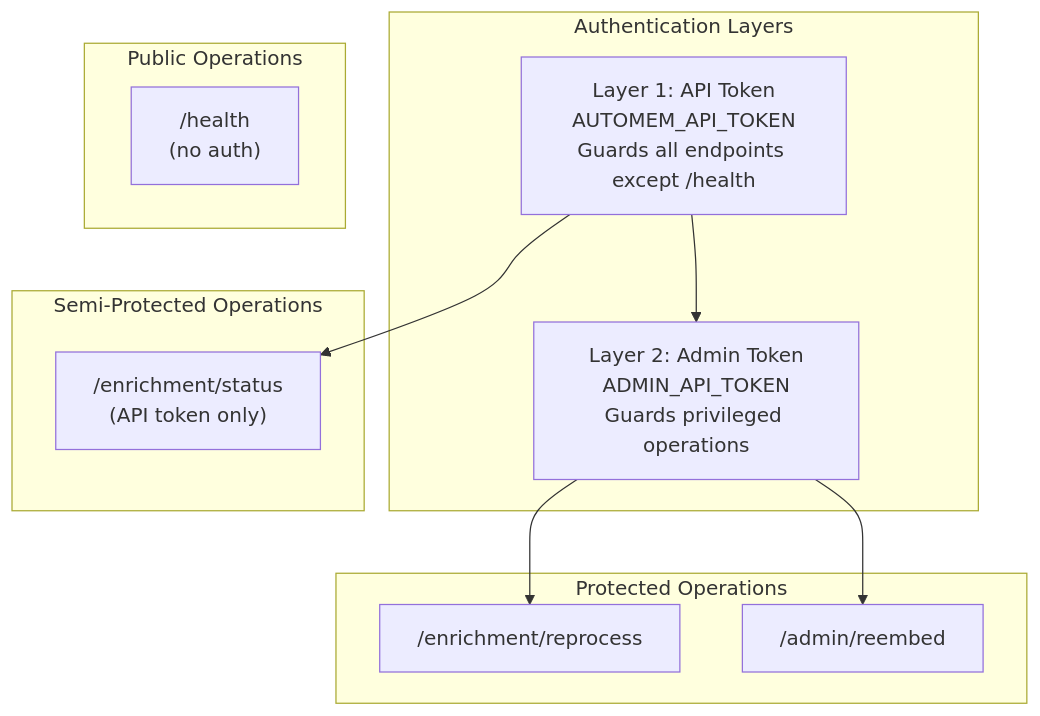
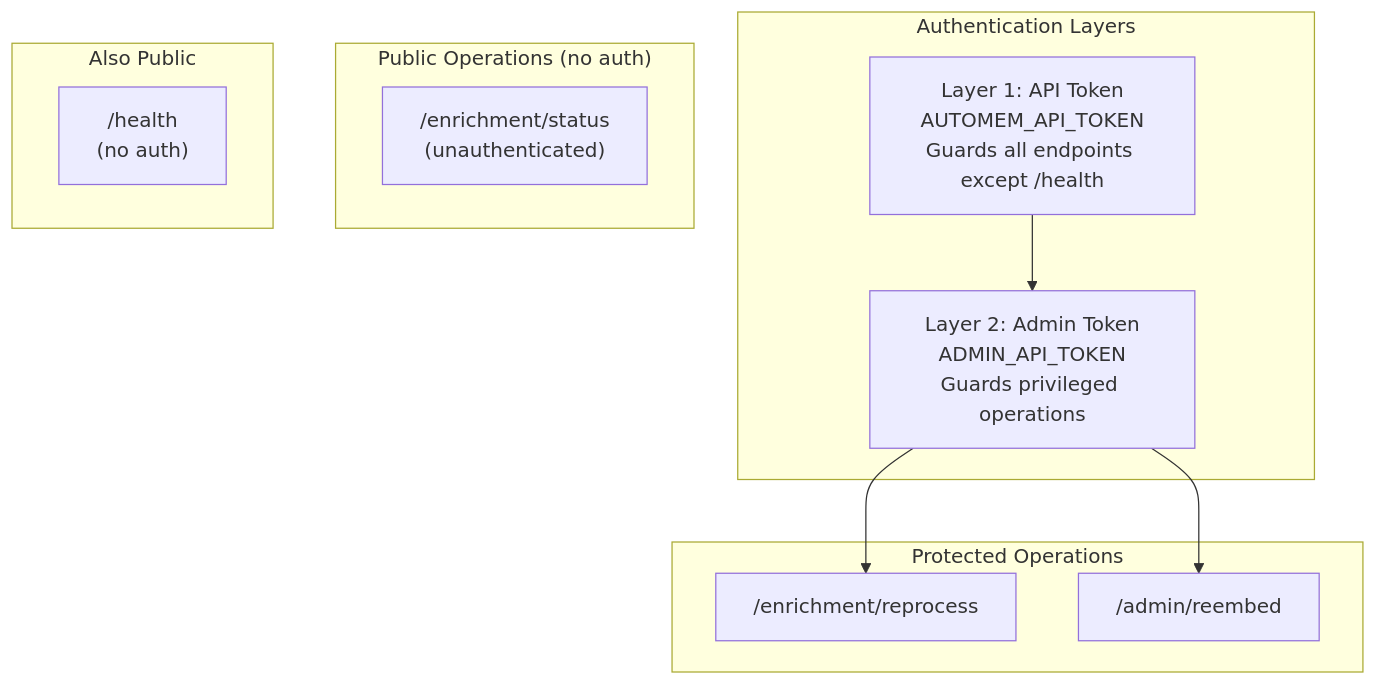
The first of 3 diagrams in src/content/docs/docs/reference/api/admin.md (verygoodplugins/automem-website), drawn with Mermaid before and after one commit. The commit also changed other lines of this file and 48 other files, not shown here.

````diff
--- a/src/content/docs/docs/reference/api/admin.md
+++ b/src/content/docs/docs/reference/api/admin.md
@@ -34,25 +35,24 @@
 ```mermaid
 graph TB
     subgraph "Authentication Layers"
         Layer1["Layer 1: API Token<br/>AUTOMEM_API_TOKEN<br/>Guards all endpoints except /health"]
         Layer2["Layer 2: Admin Token<br/>ADMIN_API_TOKEN<br/>Guards privileged operations"]
     end
 
     subgraph "Protected Operations"
         Reprocess["/enrichment/reprocess"]
         Reembed["/admin/reembed"]
     end
 
-    subgraph "Semi-Protected Operations"
-        Status["/enrichment/status<br/>(API token only)"]
+    subgraph "Public Operations (no auth)"
+        Status["/enrichment/status<br/>(unauthenticated)"]
     end
 
-    subgraph "Public Operations"
+    subgraph "Also Public"
         Health["/health<br/>(no auth)"]
     end
 
-    Layer1-->Status
     Layer1-->Layer2
     Layer2-->Reprocess
     Layer2-->Reembed
 ```
````
